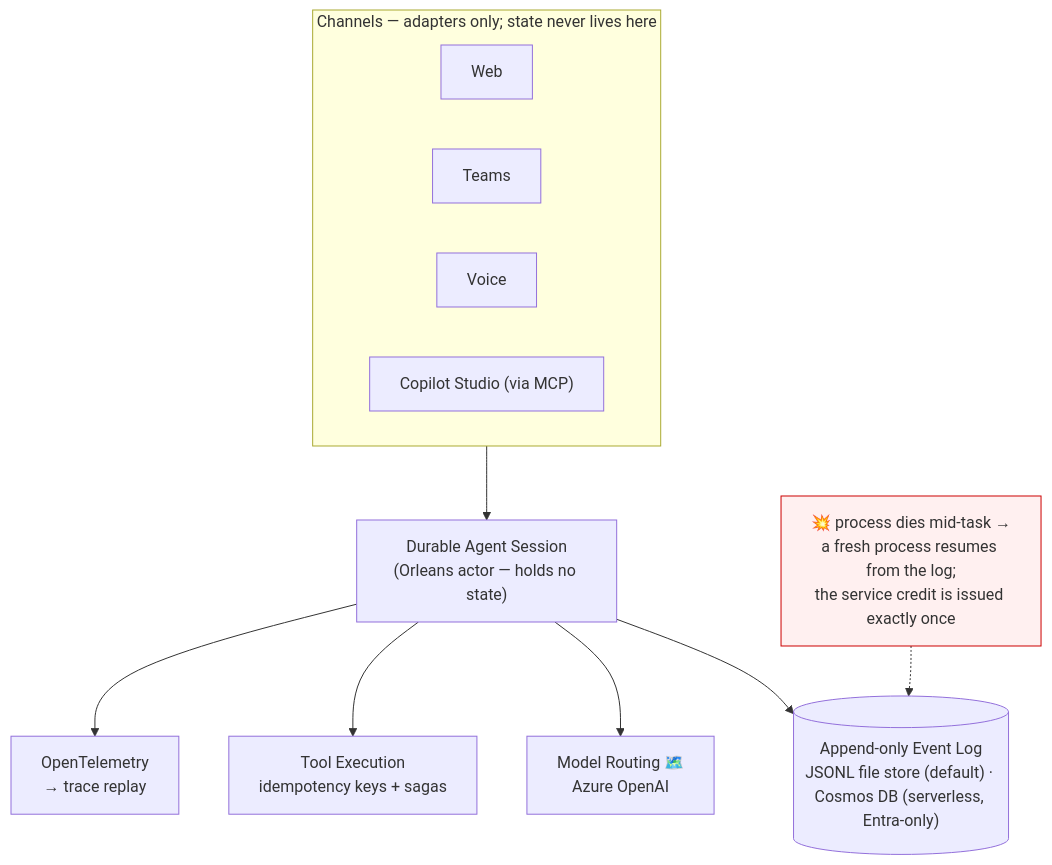
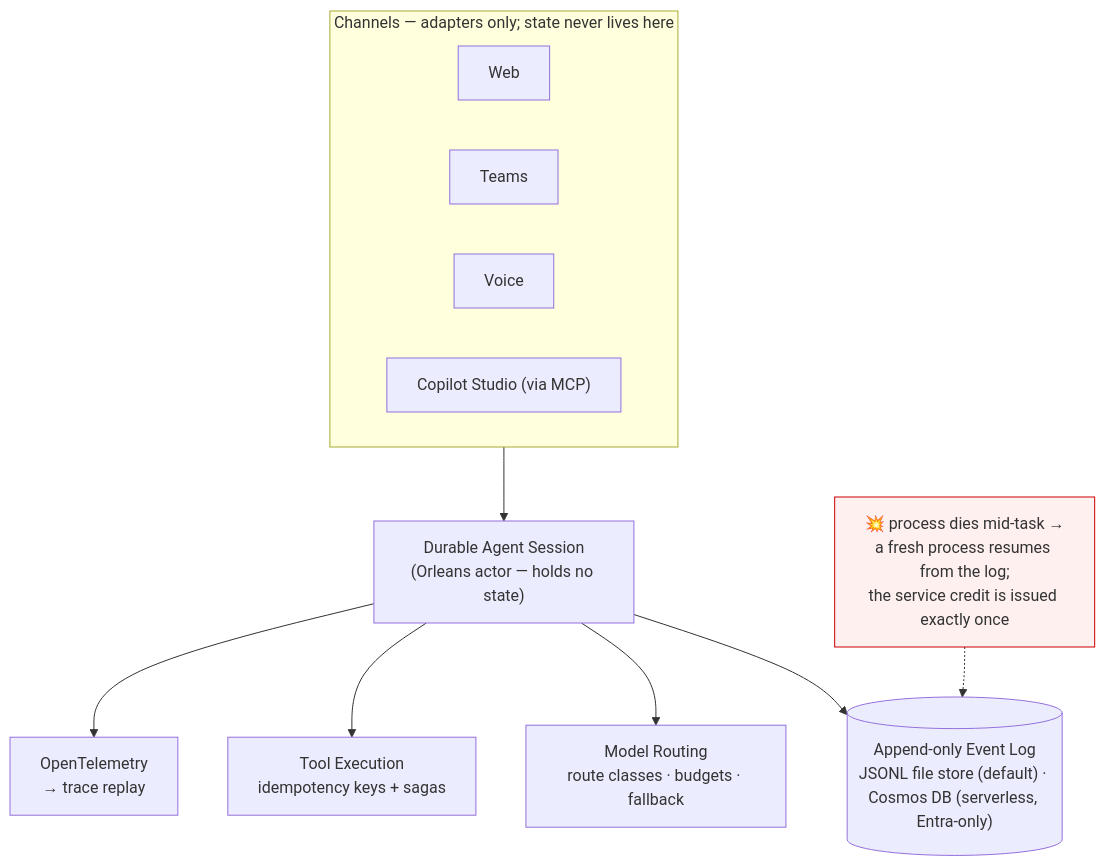
One commit to parammadan/aurelia changed the diagram in README.md. Above: the diagram before and after it, drawn with Mermaid. The commit also changed other lines of this file and 5 other files, not shown here.

````diff
--- a/README.md
+++ b/README.md
@@ -18,24 +18,24 @@
 ```mermaid
 flowchart TD
     subgraph CH["Channels — adapters only; state never lives here"]
         WEB["Web"]
         TEAMS["Teams"]
         VOICE["Voice"]
         CS["Copilot Studio (via MCP)"]
     end
     SESSION["Durable Agent Session<br/>(Orleans actor — holds no state)"]
     LOG[("Append-only Event Log<br/>JSONL file store (default) · Cosmos DB (serverless, Entra-only)")]
-    ROUTE["Model Routing 🗺️<br/>Azure OpenAI"]
+    ROUTE["Model Routing<br/>route classes · budgets · fallback"]
     TOOLS["Tool Execution<br/>idempotency keys + sagas"]
     OTEL["OpenTelemetry<br/>→ trace replay"]
     CRASH["💥 process dies mid-task →<br/>a fresh process resumes from the log;<br/>the service credit is issued exactly once"]
 
     CH --> SESSION
     SESSION --> LOG
     SESSION --> ROUTE
     SESSION --> TOOLS
     SESSION --> OTEL
     CRASH -.-> LOG
 
     style CRASH fill:#fff0f0,stroke:#cc0000
 ```
````
